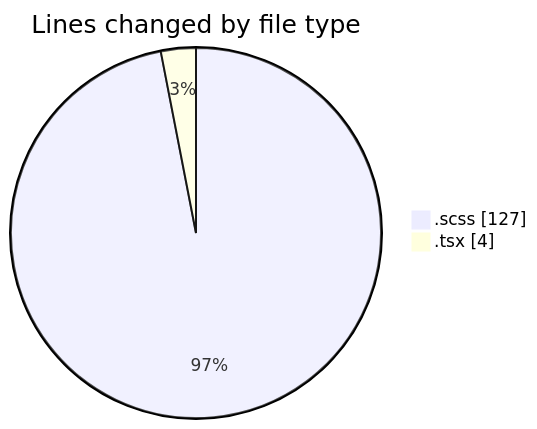
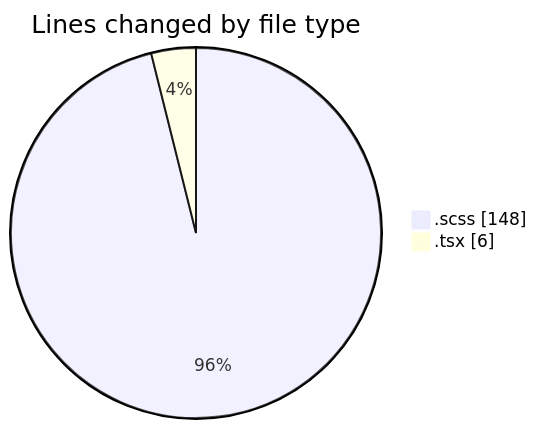
One commit to momahboobian/code-tracking changed the first of 2 diagrams in 2026-08-10/cda/README.md. Above: the diagram before and after it, drawn with Mermaid. The commit also changed other lines of this file and 1 other file, not shown here.

````diff
--- a/2026-08-10/cda/README.md
+++ b/2026-08-10/cda/README.md
@@ -23,6 +23,6 @@
 ```mermaid
 pie showData
 title Lines changed by file type
-".scss" : 127
-".tsx" : 4
+".scss" : 148
+".tsx" : 6
 ```
````
